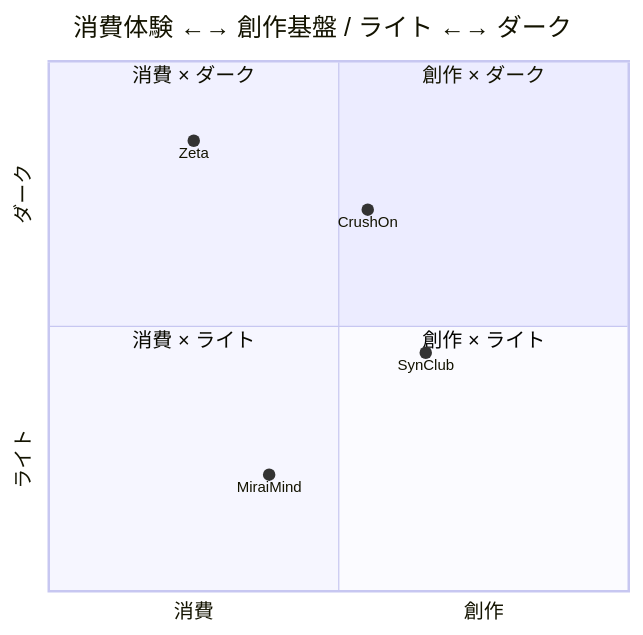
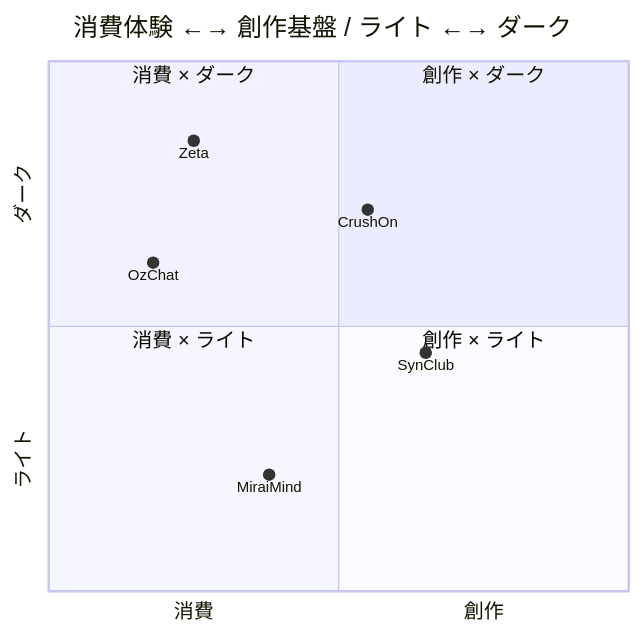
One commit to ELRdn/RP-app-REA changed the first of 2 diagrams in docs/03-comparison.md. Above: the diagram before and after it, drawn with Mermaid. The commit also changed other lines of this file and 252 other files, not shown here.

````diff
--- a/docs/03-comparison.md
+++ b/docs/03-comparison.md
@@ -20,14 +20,15 @@
 ```mermaid
 quadrantChart
   title 消費体験 ←→ 創作基盤 / ライト ←→ ダーク
   x-axis 消費 --> 創作
   y-axis ライト --> ダーク
   quadrant-1 創作 × ダーク
   quadrant-2 消費 × ダーク
   quadrant-3 消費 × ライト
   quadrant-4 創作 × ライト
   Zeta: [0.25, 0.85]
   SynClub: [0.65, 0.45]
   MiraiMind: [0.38, 0.22]
   CrushOn: [0.55, 0.72]
+  OzChat: [0.18, 0.62]
 ```
````
